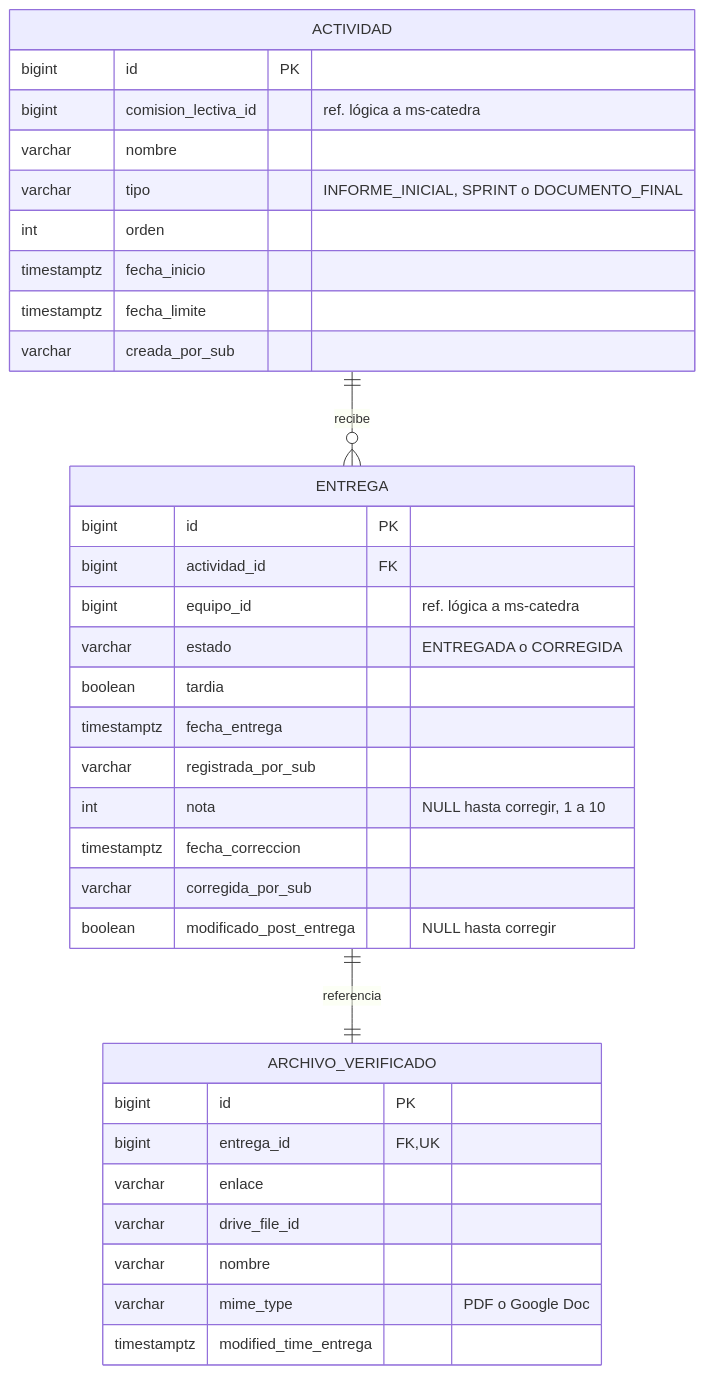
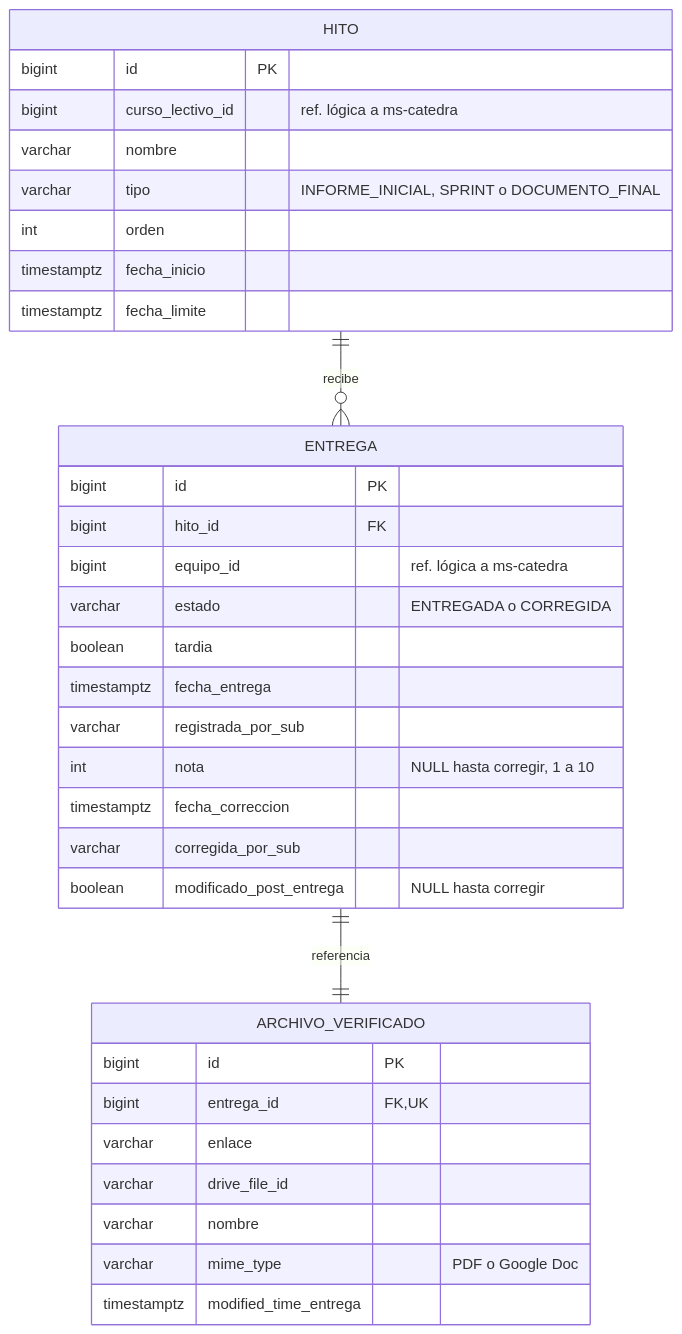
One commit to nicovillacorta12/atenas changed the second of 3 diagrams in docs/05-modelo-de-datos.md. Above: the diagram before and after it, drawn with Mermaid. The commit also changed other lines of this file and 18 other files, not shown here.

````diff
--- a/docs/05-modelo-de-datos.md
+++ b/docs/05-modelo-de-datos.md
@@ -94,37 +94,36 @@
 ```mermaid
 erDiagram
-    ACTIVIDAD ||--o{ ENTREGA : "recibe"
+    HITO ||--o{ ENTREGA : "recibe"
     ENTREGA ||--|| ARCHIVO_VERIFICADO : "referencia"
-    ACTIVIDAD {
+    HITO {
         bigint id PK
-        bigint comision_lectiva_id "ref. lógica a ms-catedra"
+        bigint curso_lectivo_id "ref. lógica a ms-catedra"
         varchar nombre
         varchar tipo "INFORME_INICIAL, SPRINT o DOCUMENTO_FINAL"
         int orden
         timestamptz fecha_inicio
         timestamptz fecha_limite
-        varchar creada_por_sub
     }
     ENTREGA {
         bigint id PK
-        bigint actividad_id FK
+        bigint hito_id FK
         bigint equipo_id "ref. lógica a ms-catedra"
         varchar estado "ENTREGADA o CORREGIDA"
         boolean tardia
         timestamptz fecha_entrega
         varchar registrada_por_sub
         int nota "NULL hasta corregir, 1 a 10"
         timestamptz fecha_correccion
         varchar corregida_por_sub
         boolean modificado_post_entrega "NULL hasta corregir"
     }
     ARCHIVO_VERIFICADO {
         bigint id PK
         bigint entrega_id FK,UK
         varchar enlace
         varchar drive_file_id
         varchar nombre
         varchar mime_type "PDF o Google Doc"
         timestamptz modified_time_entrega
     }
 ```
````
